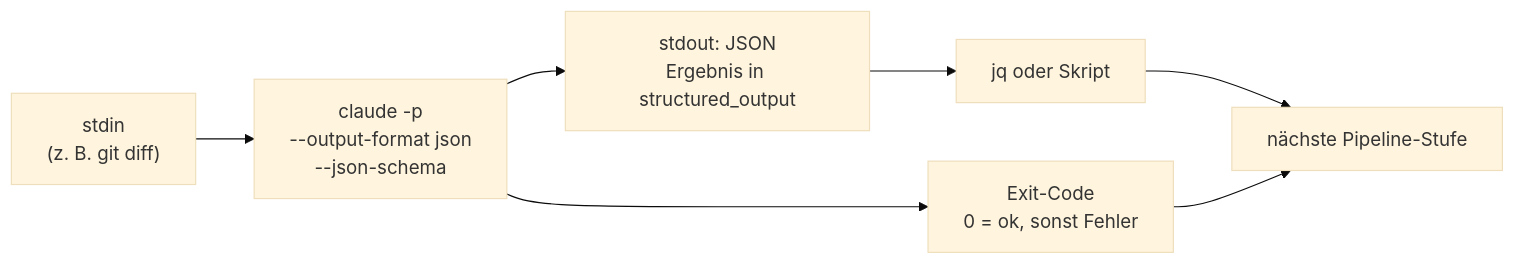
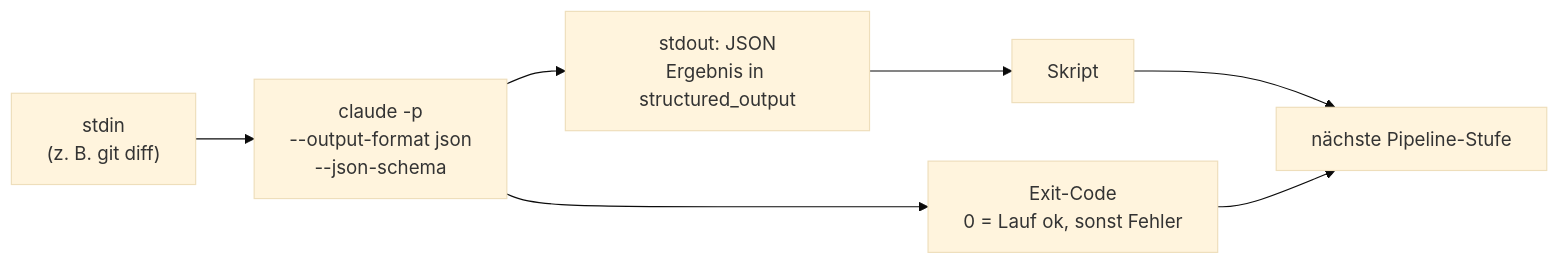
Before and after one commit to dynamic-dome/dynamic-workshop: the diagram in resources/library/s4-03-headless.md, drawn with Mermaid (base theme). The commit also changed other lines of this file and 1 other file, not shown here.

````diff
--- a/resources/library/s4-03-headless.md
+++ b/resources/library/s4-03-headless.md
@@ -43,9 +43,9 @@
 ```mermaid
 flowchart LR
   I["stdin<br/>(z. B. git diff)"] --> C["claude -p<br/>--output-format json<br/>--json-schema"]
   C --> O["stdout: JSON<br/>Ergebnis in structured_output"]
-  O --> J["jq oder Skript"]
-  C --> E["Exit-Code<br/>0 = ok, sonst Fehler"]
+  O --> J["Skript"]
+  C --> E["Exit-Code<br/>0 = Lauf ok, sonst Fehler"]
   J --> P["nächste Pipeline-Stufe"]
   E --> P
 ```
````
